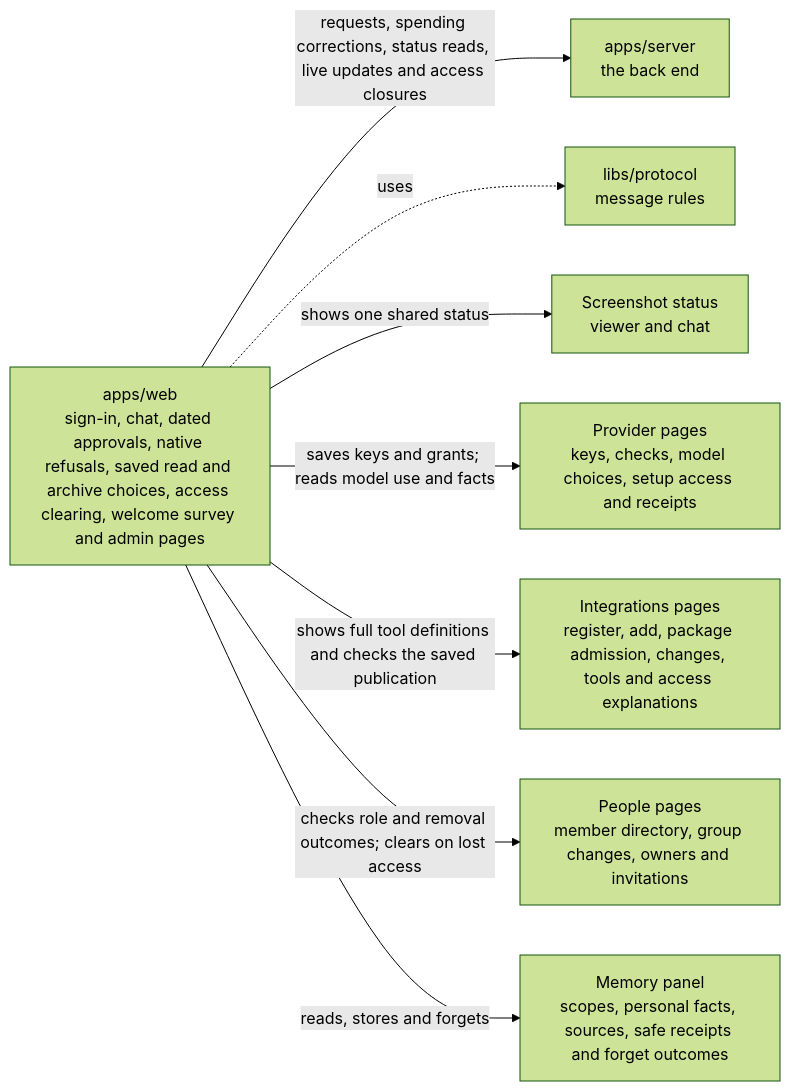
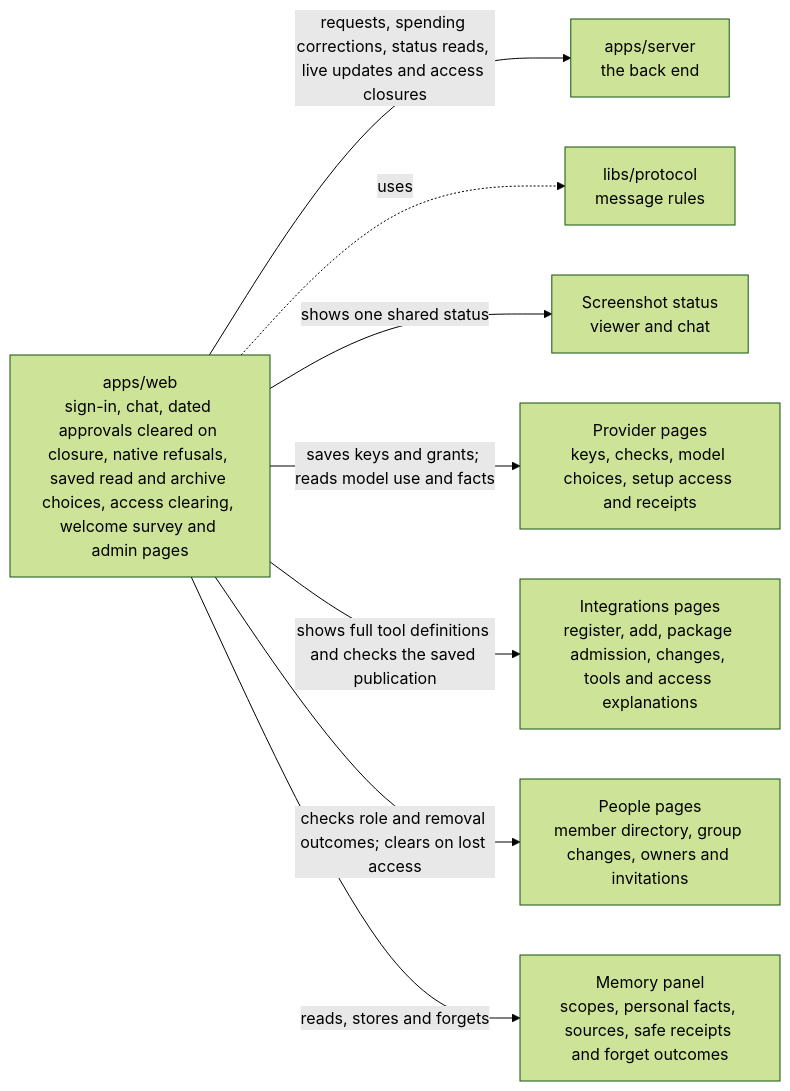
The diagram in apps/web/README.md (elewa-git/opencrane-new), drawn with Mermaid (forest theme) before and after one commit. The commit also changed other lines of this file and 9 other files, not shown here.

Commit message:
🛠️ Clear closed-chat approvals and preserve saved retry uses

````diff
--- a/apps/web/README.md
+++ b/apps/web/README.md
@@ -11,10 +11,10 @@
 ```mermaid
 flowchart LR
-  web["apps/web<br/>sign-in, chat, dated approvals, native refusals, saved read and archive choices, access clearing, welcome survey and admin pages"] -->|requests, spending corrections, status reads, live updates and access closures| server["apps/server<br/>the back end"]
+  web["apps/web<br/>sign-in, chat, dated approvals cleared on closure, native refusals, saved read and archive choices, access clearing, welcome survey and admin pages"] -->|requests, spending corrections, status reads, live updates and access closures| server["apps/server<br/>the back end"]
   web -.->|uses| protocol["libs/protocol<br/>message rules"]
   web -->|shows one shared status| capture["Screenshot status<br/>viewer and chat"]
   web -->|saves keys and grants; reads model use and facts| providers["Provider pages<br/>keys, checks, model choices, setup access and receipts"]
   web -->|shows full tool definitions and checks the saved publication| integrations["Integrations pages<br/>register, add, package admission, changes, tools and access explanations"]
   web -->|checks role and removal outcomes; clears on lost access| people["People pages<br/>member directory, group changes, owners and invitations"]
   web -->|reads, stores and forgets| memory["Memory panel<br/>scopes, personal facts, sources, safe receipts and forget outcomes"]
 ```
````
